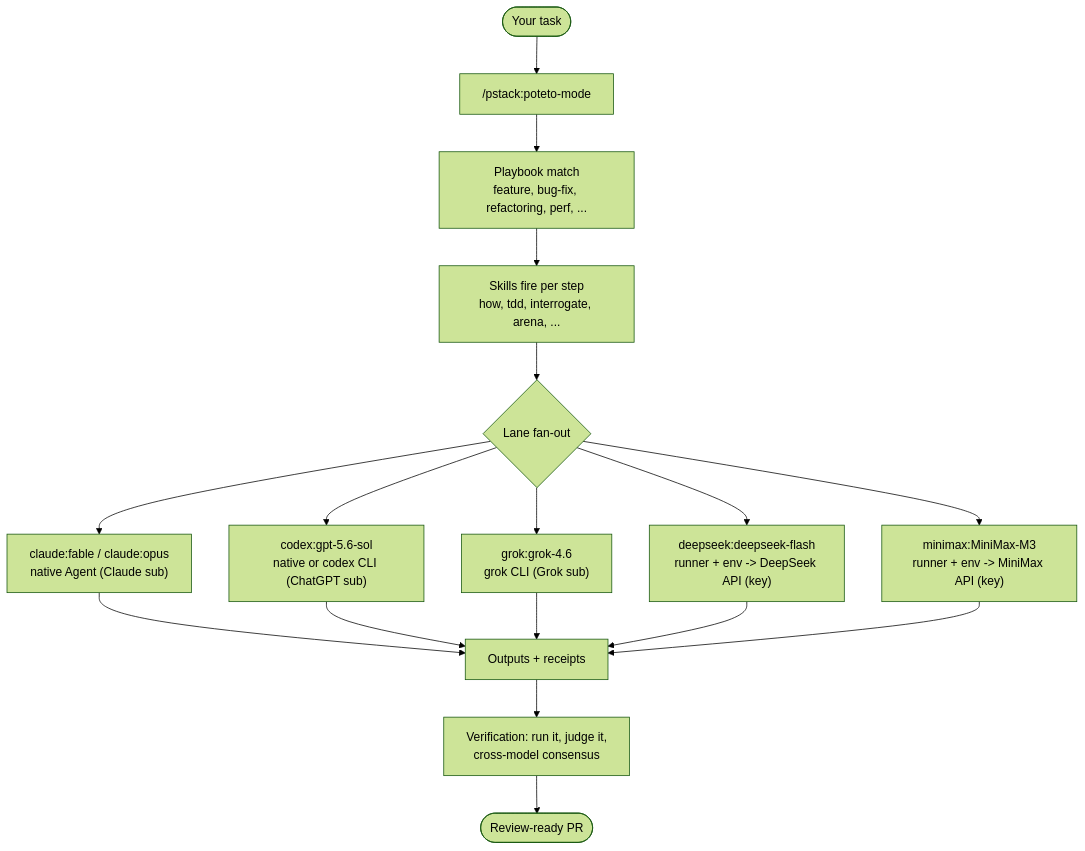
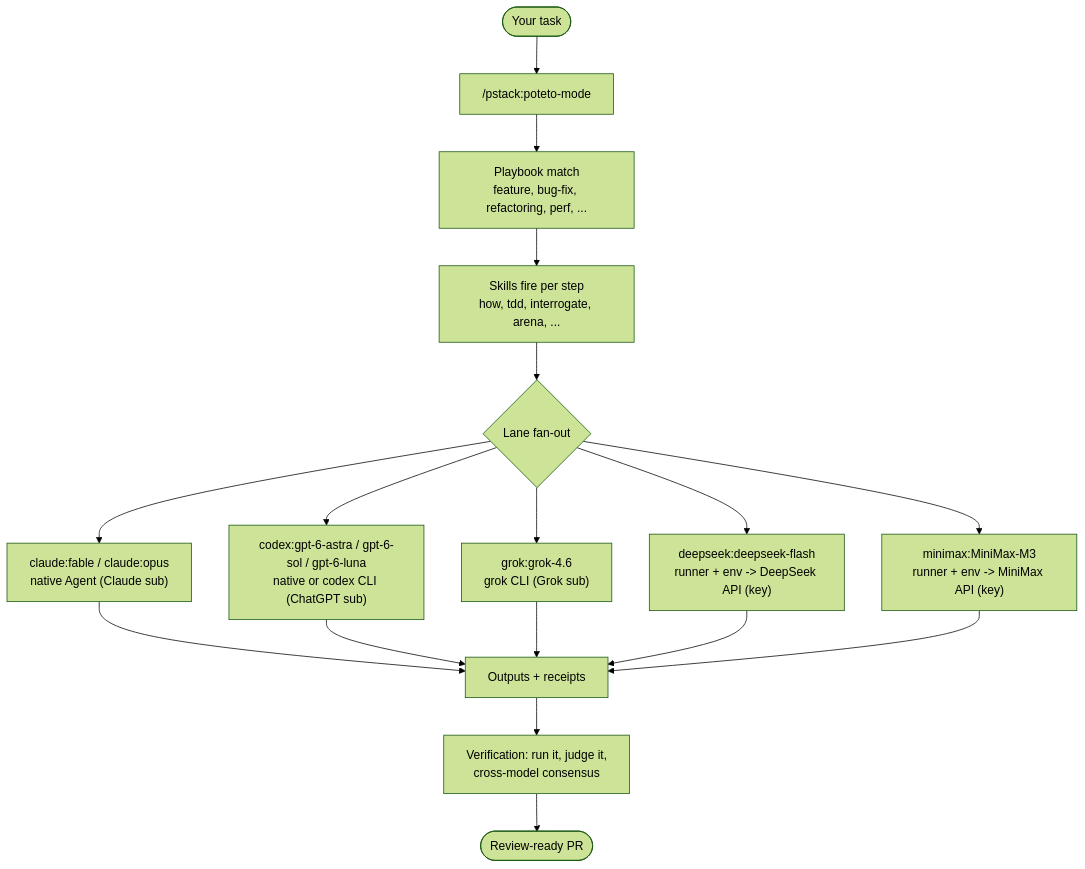
The first of 4 diagrams in docs/USAGE.md (ericlitman/open-pstack), drawn with Mermaid (forest theme) before and after one commit. The commit also changed other lines of this file and 6 other files, not shown here.

````diff
--- a/docs/USAGE.md
+++ b/docs/USAGE.md
@@ -15,19 +15,19 @@
 ```mermaid
 flowchart TD
     T([Your task]) --> P["/pstack:poteto-mode"]
     P --> PB[Playbook match<br/>feature, bug-fix, refactoring, perf, ...]
     PB --> S[Skills fire per step<br/>how, tdd, interrogate, arena, ...]
     S --> F{Lane fan-out}
     F --> N1["claude:fable / claude:opus<br/>native Agent (Claude sub)"]
-    F --> N2["codex:gpt-5.6-sol<br/>native or codex CLI (ChatGPT sub)"]
+    F --> N2["codex:gpt-6-astra / gpt-6-sol / gpt-6-luna<br/>native or codex CLI (ChatGPT sub)"]
     F --> N3["grok:grok-4.6<br/>grok CLI (Grok sub)"]
     F --> G1["deepseek:deepseek-flash<br/>runner + env -> DeepSeek API (key)"]
     F --> G2["minimax:MiniMax-M3<br/>runner + env -> MiniMax API (key)"]
     N1 --> R[Outputs + receipts]
     N2 --> R
     N3 --> R
     G1 --> R
     G2 --> R
     R --> V[Verification: run it, judge it,<br/>cross-model consensus]
     V --> PR([Review-ready PR])
 ```
````
